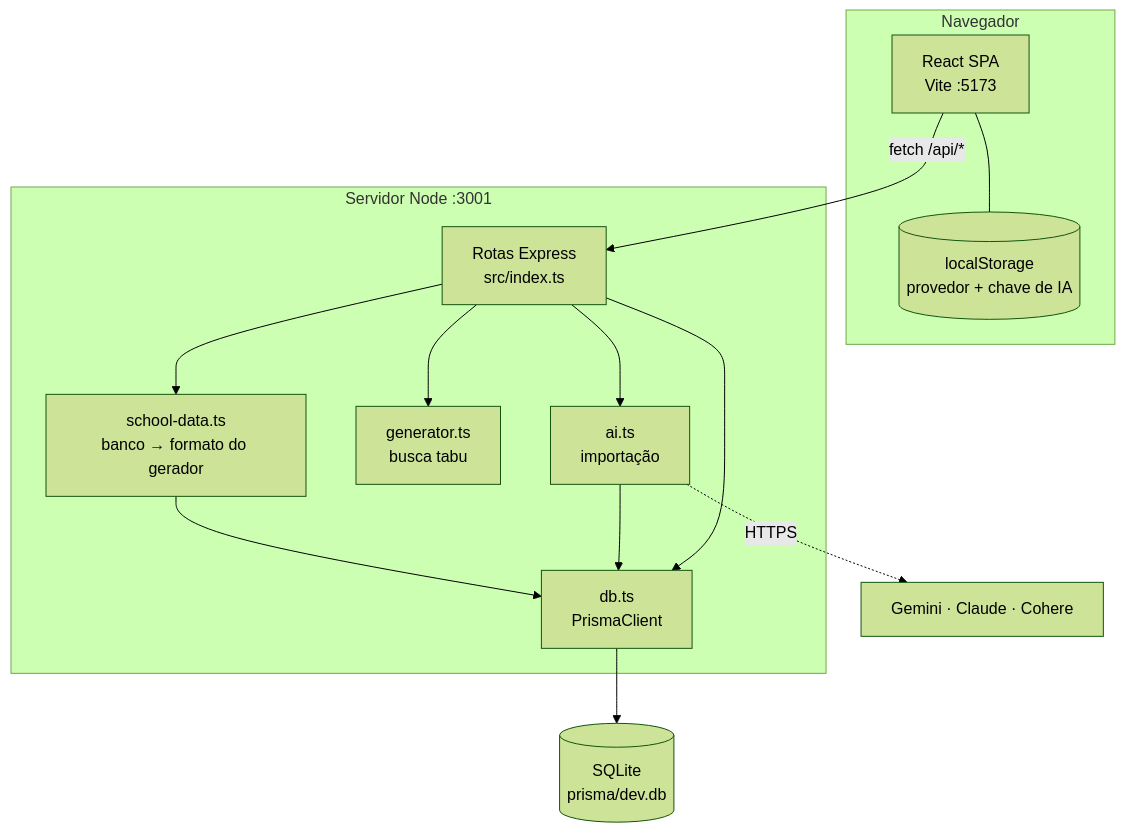
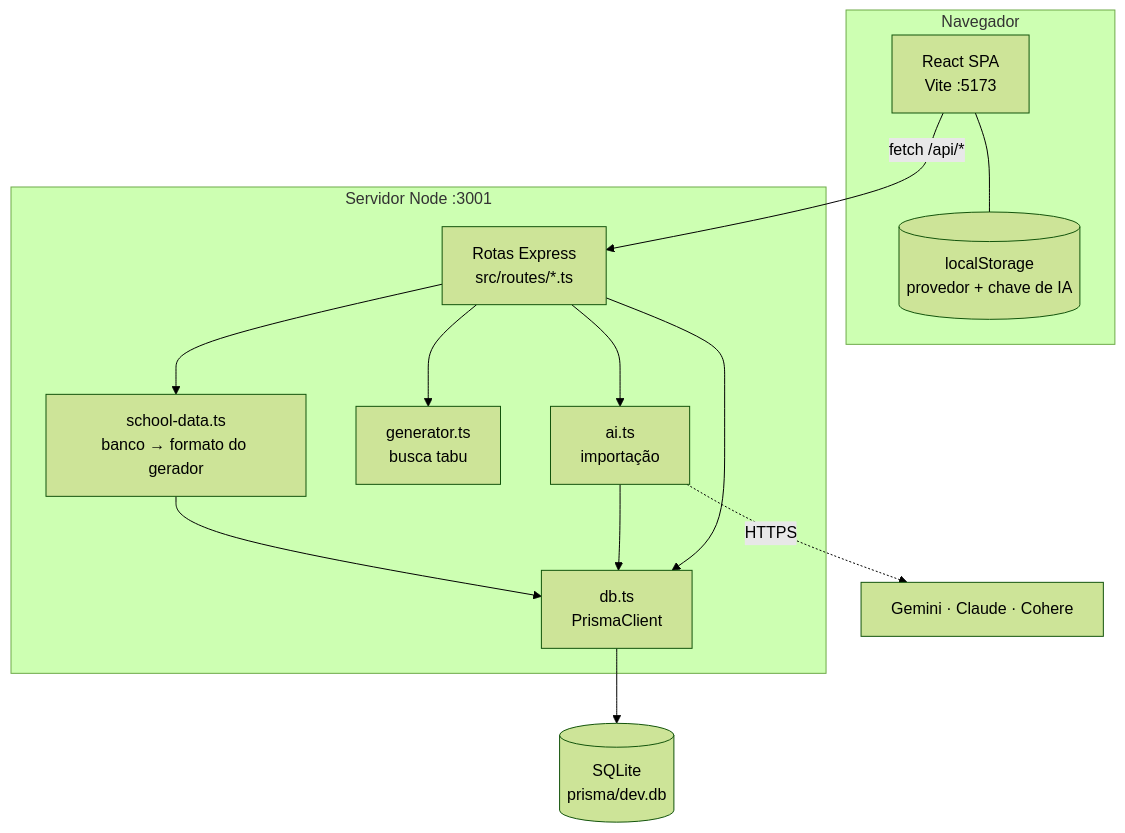
Before and after one commit to Autierii/School-Grid-Creator: the first of 4 diagrams in docs/ARQUITETURA.md, drawn with Mermaid (forest theme). The commit also changed other lines of this file and 72 other files, not shown here.

````diff
--- a/docs/ARQUITETURA.md
+++ b/docs/ARQUITETURA.md
@@ -23,24 +23,24 @@
 ```mermaid
 flowchart TB
     subgraph Navegador
         F[React SPA<br/>Vite :5173]
         LS[(localStorage<br/>provedor + chave de IA)]
         F --- LS
     end
 
     subgraph "Servidor Node :3001"
-        R[Rotas Express<br/>src/index.ts]
+        R[Rotas Express<br/>src/routes/*.ts]
         SD[school-data.ts<br/>banco → formato do gerador]
         G[generator.ts<br/>busca tabu]
         AI[ai.ts<br/>importação]
         DB[db.ts<br/>PrismaClient]
         R --> SD --> DB
         R --> G
         R --> AI --> DB
         R --> DB
     end
 
     F -- "fetch /api/*" --> R
     DB --> SQL[(SQLite<br/>prisma/dev.db)]
     AI -. HTTPS .-> EXT[Gemini · Claude · Cohere]
 ```
````
